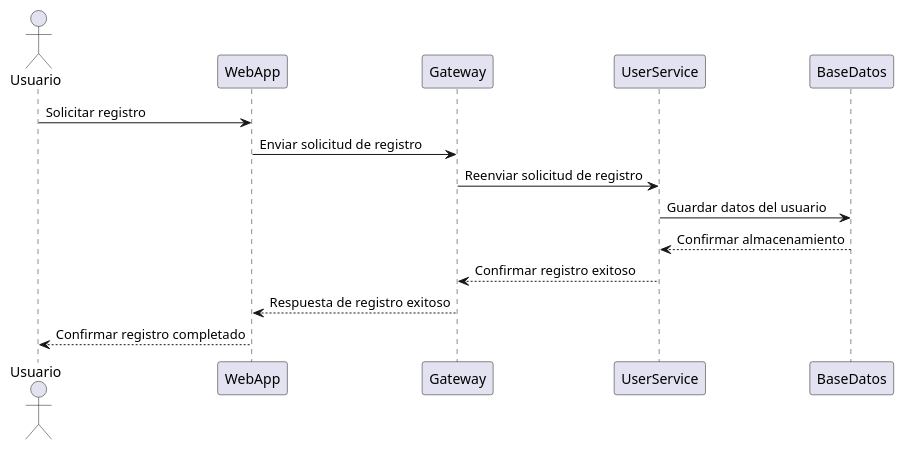
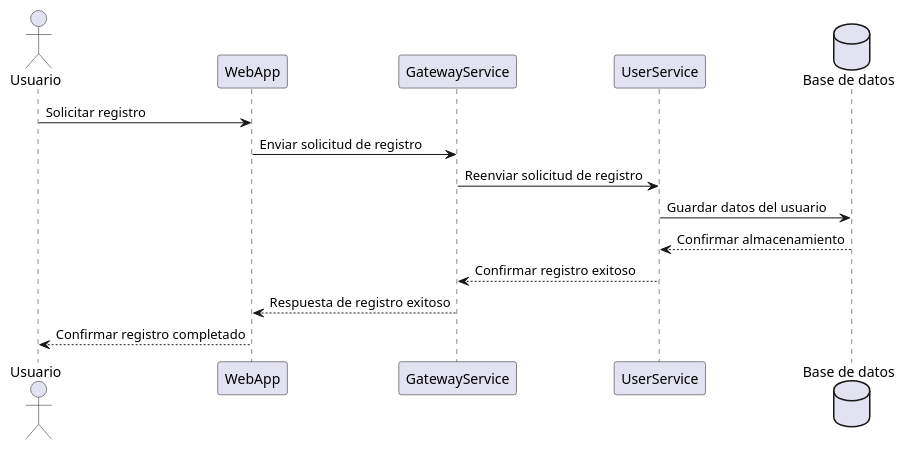
Before and after one commit to Arquisoft/wichat_es5b: the first of 5 diagrams in docs/src/06_runtime_view.adoc, drawn with PlantUML. The commit also changed other lines of this file, not shown here.

Commit message:
Corregidos los diagramas de secuencia

```diff
--- a/docs/src/06_runtime_view.adoc
+++ b/docs/src/06_runtime_view.adoc
@@ -46,17 +46,21 @@
 [plantuml,"Registro de nuevo usuario",png]
 ----
 @startuml
 
 actor Usuario
+participant "WebApp" as WebApp
+participant "GatewayService" as GatewayService
+participant "UserService" as UserService
+database "Base de datos" as BaseDatos
 
 Usuario -> WebApp: Solicitar registro
-WebApp -> Gateway: Enviar solicitud de registro
-Gateway -> UserService: Reenviar solicitud de registro
+WebApp -> GatewayService: Enviar solicitud de registro
+GatewayService -> UserService: Reenviar solicitud de registro
 UserService -> BaseDatos: Guardar datos del usuario
 BaseDatos --> UserService: Confirmar almacenamiento
-UserService --> Gateway: Confirmar registro exitoso
-Gateway --> WebApp: Respuesta de registro exitoso
+UserService --> GatewayService: Confirmar registro exitoso
+GatewayService --> WebApp: Respuesta de registro exitoso
 WebApp --> Usuario: Confirmar registro completado
 
 @enduml
 ----
```
